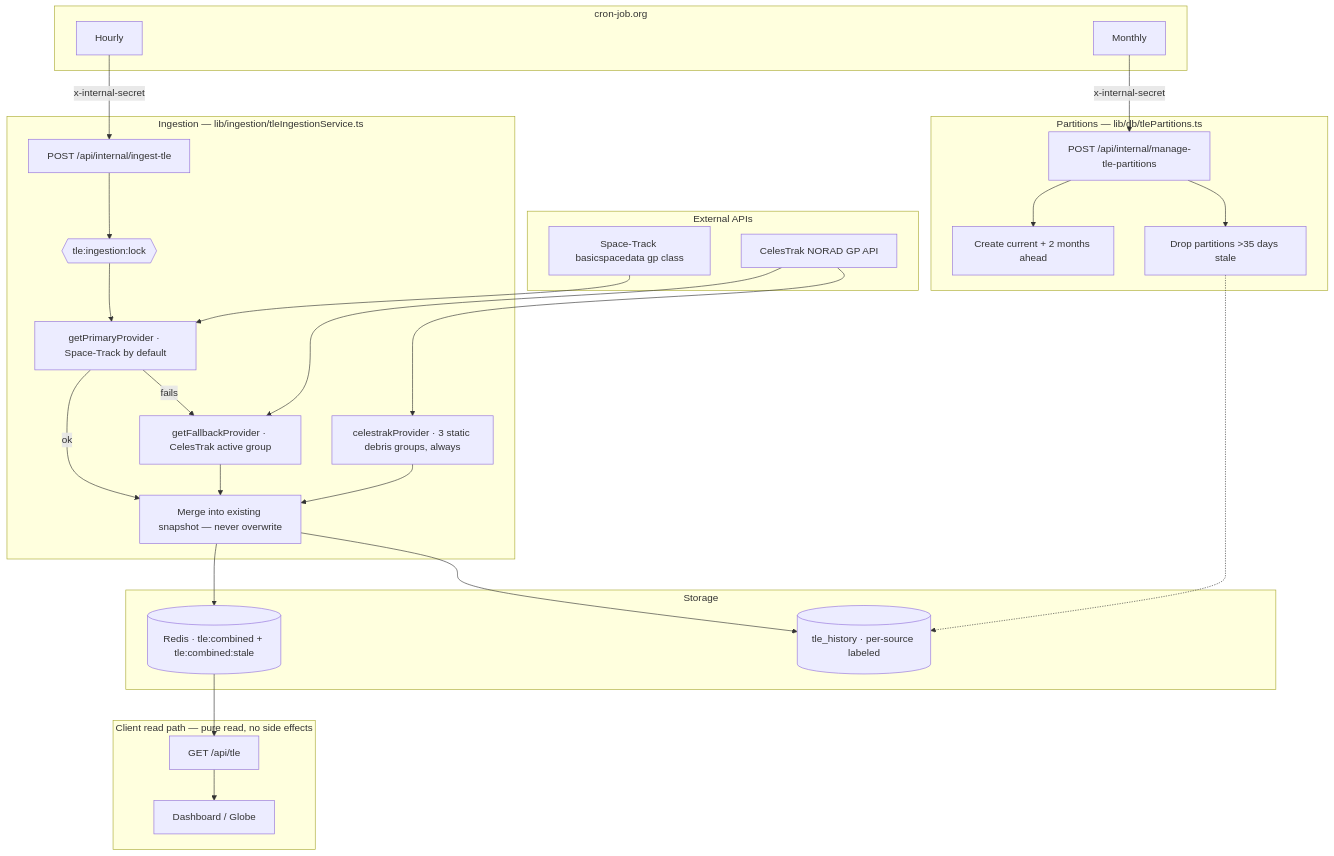
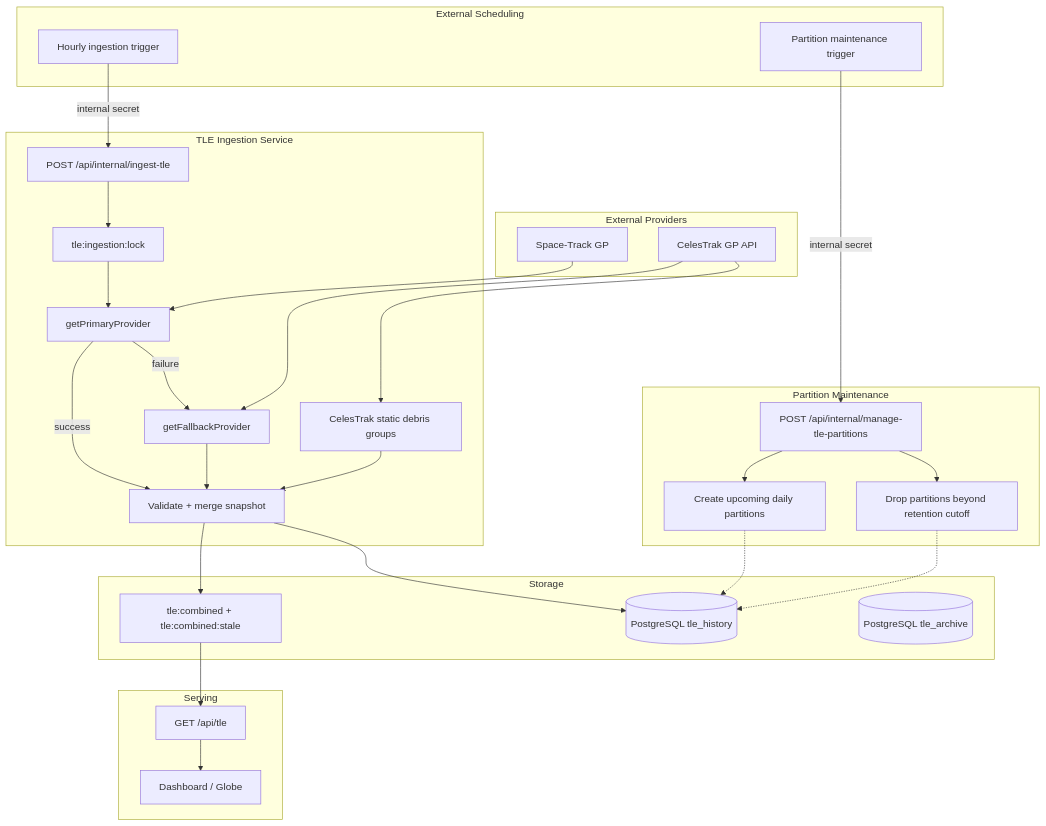
The diagram in docs/TLE_PIPELINE_ARCHITECTURE.md (Piyushverma-tech/drakon), drawn with Mermaid before and after one commit. The commit also changed other lines of this file, not shown here.

Commit message:
docs: rewrite TLE pipeline architecture

````diff
--- a/docs/TLE_PIPELINE_ARCHITECTURE.md
+++ b/docs/TLE_PIPELINE_ARCHITECTURE.md
@@ -20,52 +27,55 @@
 ```mermaid
 flowchart TB
-  subgraph external [External APIs]
-    ST[Space-Track basicspacedata gp class]
-    CT[CelesTrak NORAD GP API]
-  end
+    subgraph providers [External Providers]
+        ST[Space-Track GP]
+        CT[CelesTrak GP API]
+    end
 
-  subgraph sched [cron-job.org]
-    HourlyCron[Hourly]
-    MonthlyCron[Monthly]
-  end
+    subgraph scheduler [External Scheduling]
+        INGEST[Hourly ingestion trigger]
+        PART[Partition maintenance trigger]
+    end
 
-  subgraph ingest [Ingestion — lib/ingestion/tleIngestionService.ts]
-    IngestRoute["POST /api/internal/ingest-tle"]
-    Lock{{tle:ingestion:lock}}
-    Primary["getPrimaryProvider · Space-Track by default"]
-    Fallback["getFallbackProvider · CelesTrak active group"]
-    Debris["celestrakProvider · 3 static debris groups, always"]
-    Merge["Merge into existing snapshot — never overwrite"]
-    HourlyCron -->|x-internal-secret| IngestRoute
-    IngestRoute --> Lock --> Primary
-    Primary -->|fails| Fallback
-    Primary -->|ok| Merge
-    Fallback --> Merge
-    Debris --> Merge
-  end
+    subgraph service [TLE Ingestion Service]
+        ROUTE[POST /api/internal/ingest-tle]
+        LOCK[tle:ingestion:lock]
+        PRIMARY[getPrimaryProvider]
+        FALLBACK[getFallbackProvider]
+        DEBRIS[CelesTrak static debris groups]
+        MERGE[Validate + merge snapshot]
+    end
 
-  subgraph store [Storage]
-    Redis[("Redis · tle:combined + tle:combined:stale")]
-    TH[("tle_history · per-source labeled")]
-  end
+    subgraph storage [Storage]
+        REDIS[tle:combined + tle:combined:stale]
+        HISTORY[(PostgreSQL tle_history)]
+        ARCHIVE[(PostgreSQL tle_archive)]
+    end
 
-  subgraph partmaint [Partitions — lib/db/tlePartitions.ts]
-    PartRoute["POST /api/internal/manage-tle-partitions"]
-    MonthlyCron -->|x-internal-secret| PartRoute
-    PartRoute --> EnsureP["Create current + 2 months ahead"]
-    PartRoute --> DropP["Drop partitions >35 days stale"]
-  end
+    subgraph maintenance [Partition Maintenance]
+        PROUTE[POST /api/internal/manage-tle-partitions]
+        ENSURE[Create upcoming daily partitions]
+        DROP[Drop partitions beyond retention cutoff]
+    end
 
-  subgraph readpath [Client read path — pure read, no side effects]
-    GetTle["GET /api/tle"]
-    Client["Dashboard / Globe"]
-  end
+    subgraph read [Serving]
+        API[GET /api/tle]
+        CLIENT[Dashboard / Globe]
+    end
 
-  ST --> Primary
-  CT --> Fallback
-  CT --> Debris
-  Merge --> Redis
-  Merge --> TH
-  DropP -.-> TH
-  Redis --> GetTle --> Client
+    INGEST -->|internal secret| ROUTE --> LOCK
+    LOCK --> PRIMARY
+    PRIMARY -->|success| MERGE
+    PRIMARY -->|failure| FALLBACK --> MERGE
+    CT --> DEBRIS --> MERGE
+    ST --> PRIMARY
+    CT --> FALLBACK
+    MERGE --> REDIS
+    MERGE --> HISTORY
+
+    PART -->|internal secret| PROUTE --> ENSURE
+    PROUTE --> DROP
+    ENSURE -.-> HISTORY
+    DROP -.-> HISTORY
+
+    REDIS --> API --> CLIENT
 ```
````
